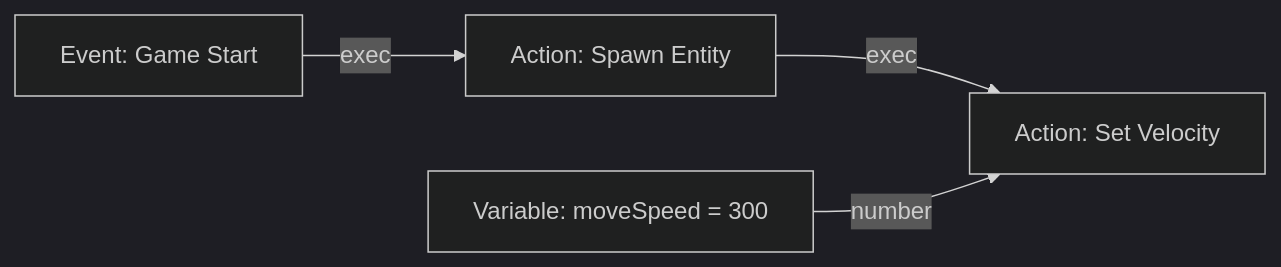
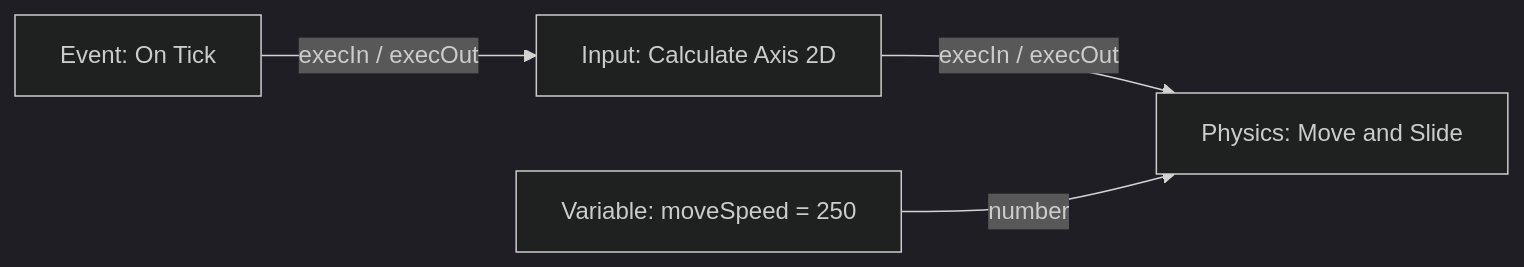
Before and after one commit to haikal-adnan/lupis-engine: the first of 2 diagrams in docs/visual-scripting.md, drawn with Mermaid (dark theme). The commit also changed other lines of this file and 60 other files, not shown here.

````diff
--- a/docs/visual-scripting.md
+++ b/docs/visual-scripting.md
@@ -13,6 +11,6 @@
 ```mermaid
 graph LR
-    Start["Event: Game Start"] -->|"exec"| Spawn["Action: Spawn Entity"]
-    Spawn -->|"exec"| Move["Action: Set Velocity"]
-    Speed["Variable: moveSpeed = 300"] -->|"number"| Move
+    Tick["Event: On Tick"] -->|"execIn / execOut"| Input["Input: Calculate Axis 2D"]
+    Input -->|"execIn / execOut"| Move["Physics: Move and Slide"]
+    Speed["Variable: moveSpeed = 250"] -->|"number"| Move
 ```
````
